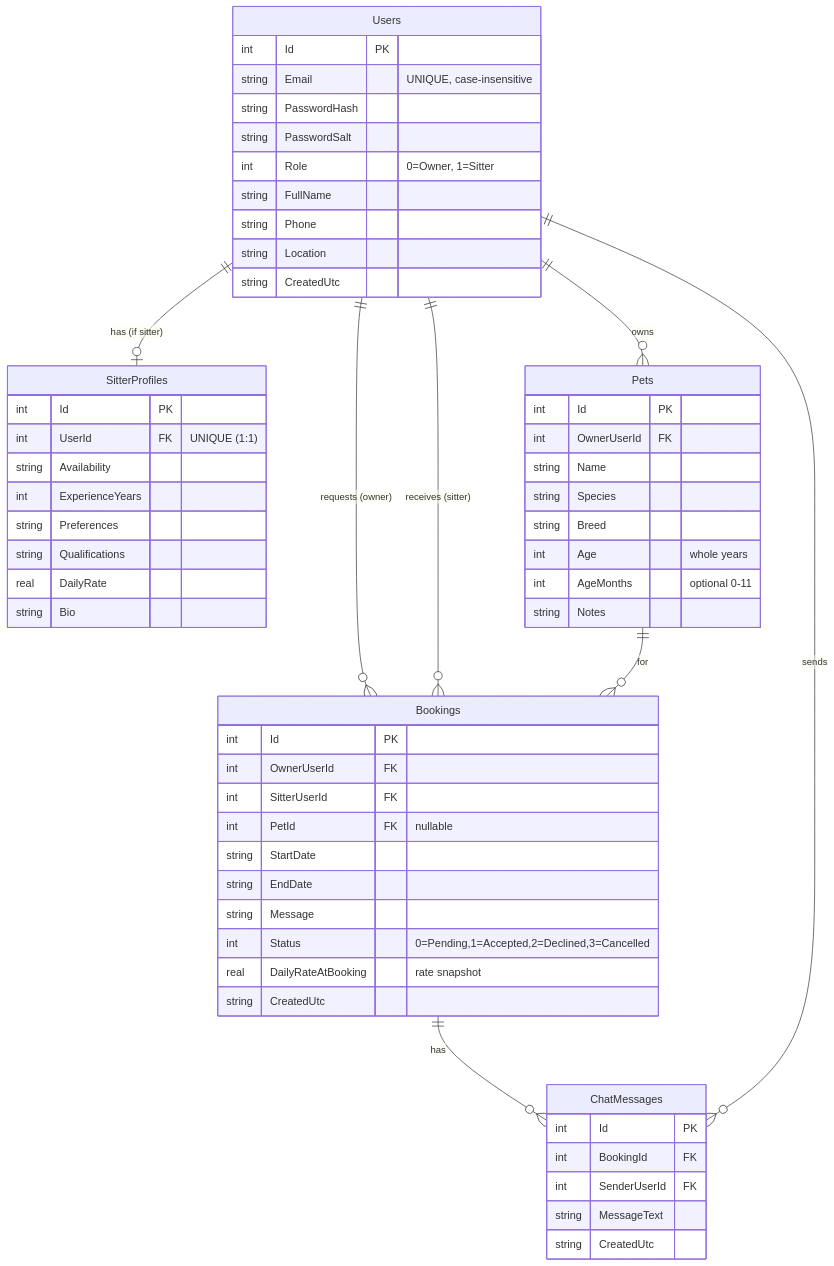
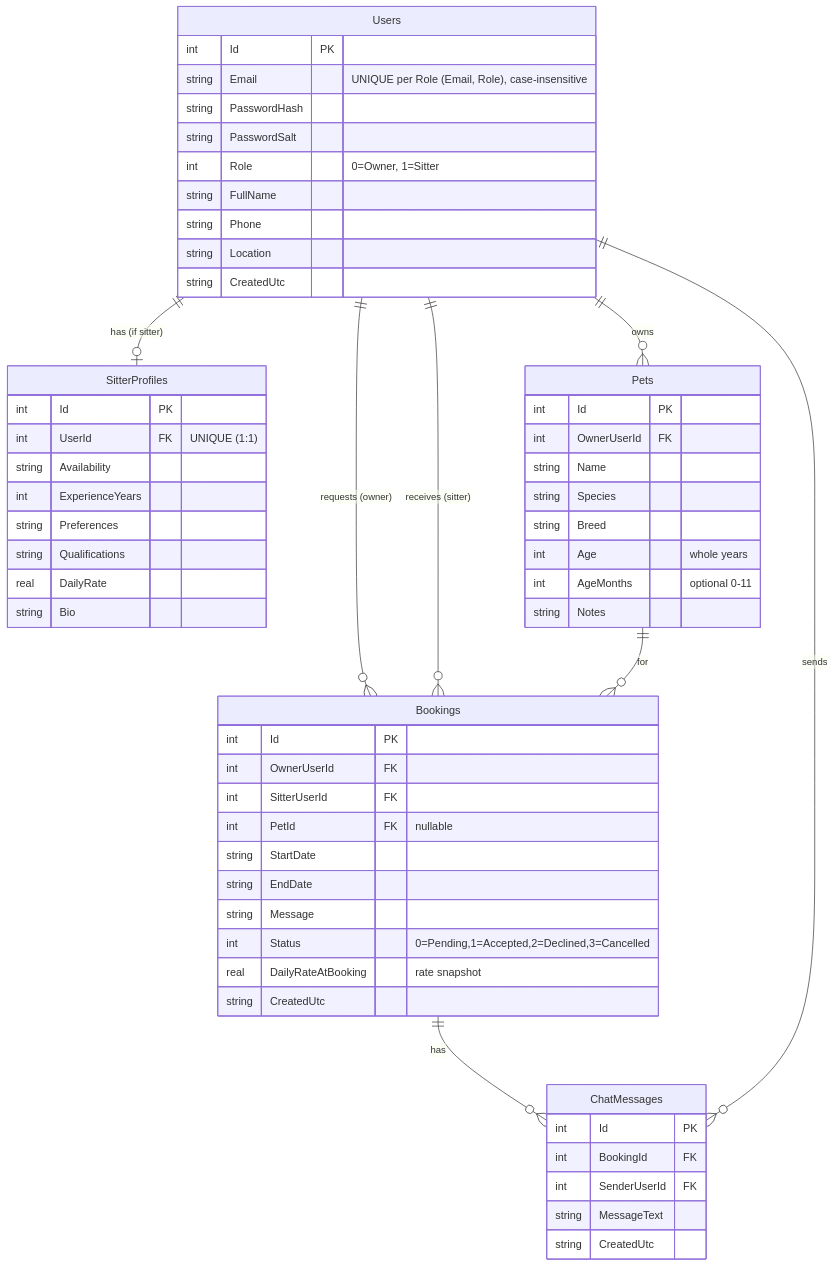
One commit to Misterdynamite/PetSitters changed the second of 3 diagrams in docs/Architecture.md. Above: the diagram before and after it, drawn with Mermaid. The commit also changed other lines of this file and 13 other files, not shown here.

Commit message:
Addressed REQ-GR-06: same email allowed once per role (owner + sitter)

````diff
--- a/docs/Architecture.md
+++ b/docs/Architecture.md
@@ -118,61 +118,61 @@
 ```mermaid
 erDiagram
     Users ||--o| SitterProfiles : "has (if sitter)"
     Users ||--o{ Pets : owns
     Users ||--o{ Bookings : "requests (owner)"
     Users ||--o{ Bookings : "receives (sitter)"
     Pets  ||--o{ Bookings : "for"
     Bookings ||--o{ ChatMessages : "has"
     Users ||--o{ ChatMessages : sends
 
     Users {
         int Id PK
-        string Email "UNIQUE, case-insensitive"
+        string Email "UNIQUE per Role (Email, Role), case-insensitive"
         string PasswordHash
         string PasswordSalt
         int Role "0=Owner, 1=Sitter"
         string FullName
         string Phone
         string Location
         string CreatedUtc
     }
     SitterProfiles {
         int Id PK
         int UserId FK "UNIQUE (1:1)"
         string Availability
         int ExperienceYears
         string Preferences
         string Qualifications
         real DailyRate
         string Bio
     }
     Pets {
         int Id PK
         int OwnerUserId FK
         string Name
         string Species
         string Breed
         int Age "whole years"
         int AgeMonths "optional 0-11"
         string Notes
     }
     Bookings {
         int Id PK
         int OwnerUserId FK
         int SitterUserId FK
         int PetId FK "nullable"
         string StartDate
         string EndDate
         string Message
         int Status "0=Pending,1=Accepted,2=Declined,3=Cancelled"
         real DailyRateAtBooking "rate snapshot"
         string CreatedUtc
     }
     ChatMessages {
         int Id PK
         int BookingId FK
         int SenderUserId FK
         string MessageText
         string CreatedUtc
     }
 ```
````
